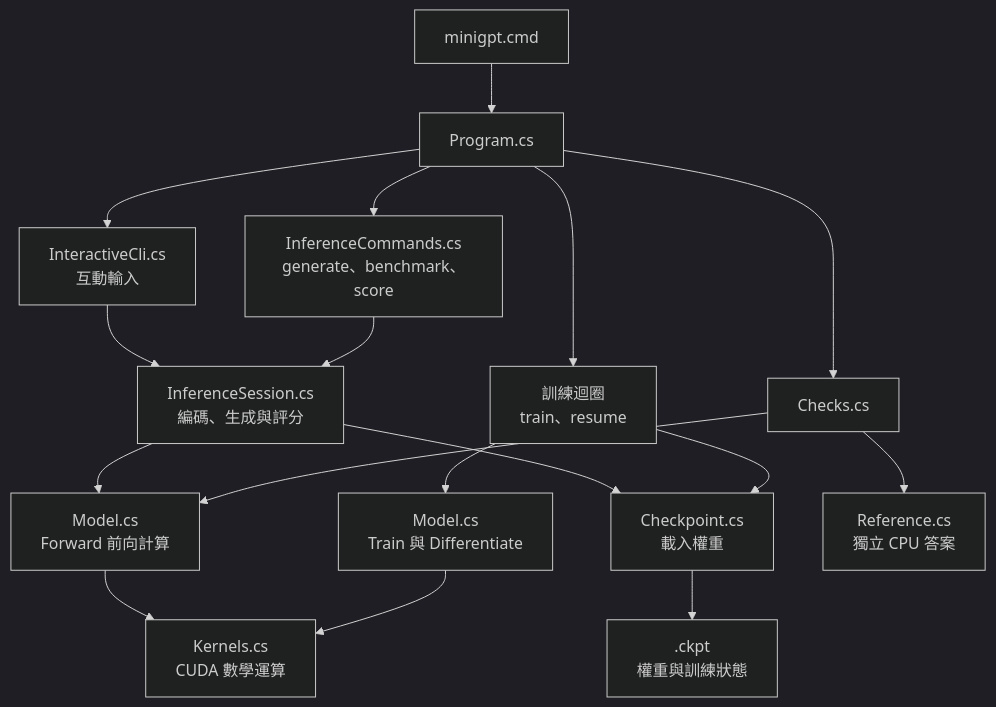
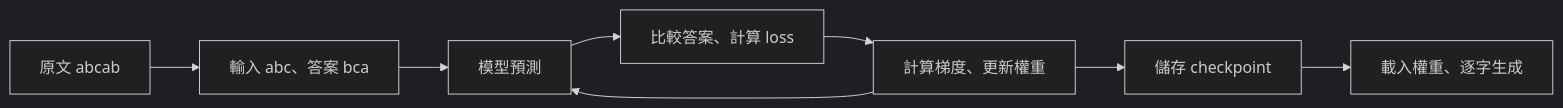
The first of 2 diagrams in README.md (tingwei628/my-gpt), drawn with Mermaid (dark theme) before and after one commit. The commit also changed other lines of this file and 3 other files, not shown here.

Commit message:
Explain the GPT learning progression and connect lessons to architecture

````diff
--- a/README.md
+++ b/README.md
@@ -49,19 +15,10 @@
 ```mermaid
-flowchart TD
-    A["minigpt.cmd"] --> B["Program.cs"]
-    B --> C["InteractiveCli.cs<br/>互動輸入"]
-    B --> D["InferenceCommands.cs<br/>generate、benchmark、score"]
-    C --> E["InferenceSession.cs<br/>編碼、生成與評分"]
-    D --> E
-    E --> F["Model.cs<br/>Forward 前向計算"]
-    B --> G["訓練迴圈<br/>train、resume"]
-    G --> H["Model.cs<br/>Train 與 Differentiate"]
-    F --> I["Kernels.cs<br/>CUDA 數學運算"]
-    H --> I
-    E --> J["Checkpoint.cs<br/>載入權重"]
-    G --> J
-    J --> K[".ckpt<br/>權重與訓練狀態"]
-    B --> L["Checks.cs"]
-    L --> F
-    L --> M["Reference.cs<br/>獨立 CPU 答案"]
+flowchart LR
+    A["原文 abcab"] --> B["輸入 abc、答案 bca"]
+    B --> C["模型預測"]
+    C --> D["比較答案、計算 loss"]
+    D --> E["計算梯度、更新權重"]
+    E --> C
+    E --> F["儲存 checkpoint"]
+    F --> G["載入權重、逐字生成"]
 ```
````
